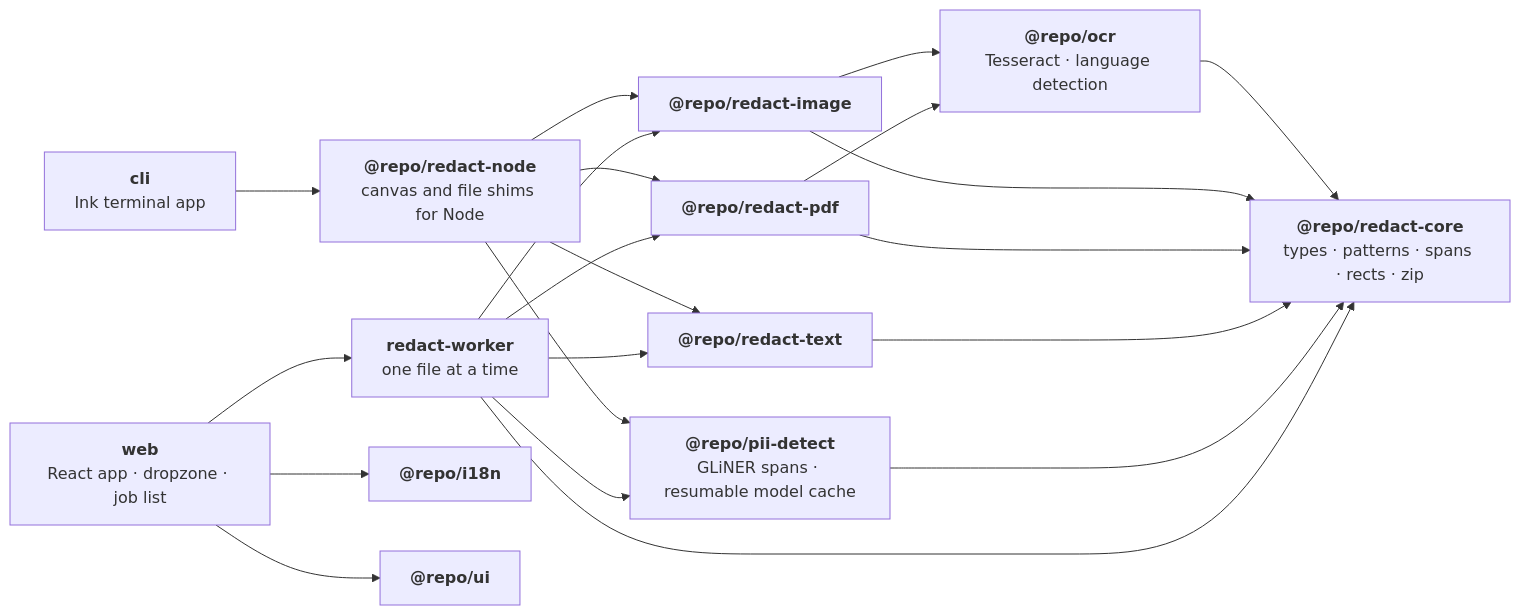
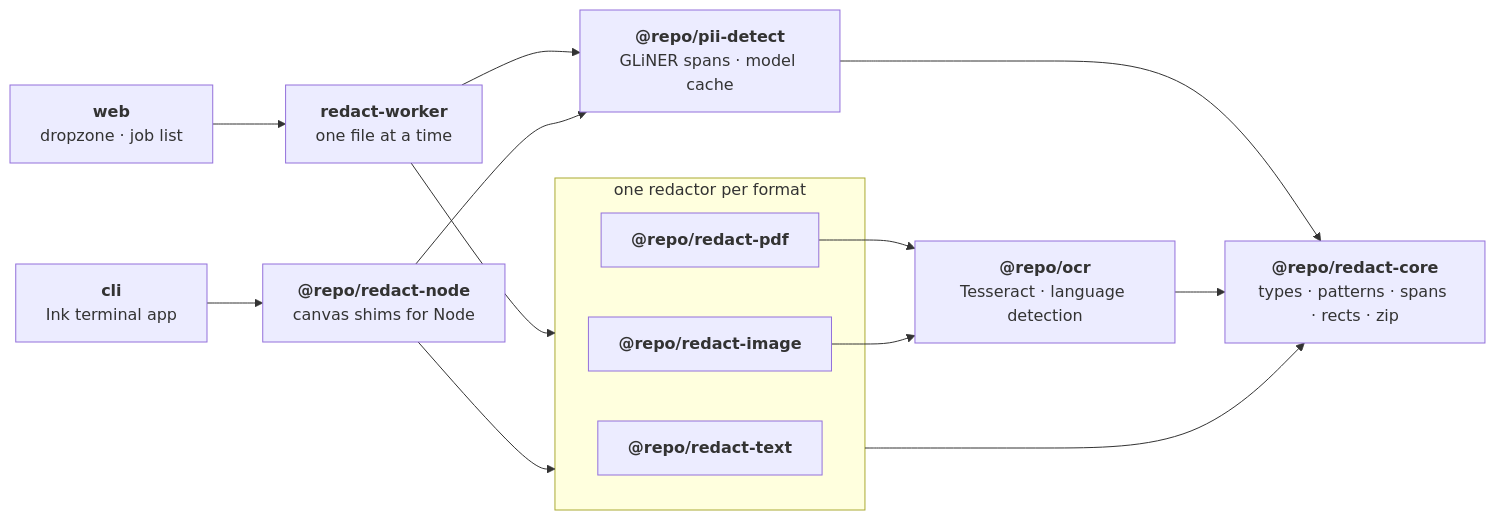
Before and after one commit to pedroapfilho/localveil: the diagram in README.md, drawn with Mermaid.

Commit message:
docs: untangle the architecture diagram
i18n and ui carried no signal about how a file gets redacted, and every
package pointing its own arrow at redact-core made the flow unreadable. The
diagram now reads left to right as the pipeline runs: each app into its
runtime, both into the redactors (grouped as one box per format), OCR where
rasters need it, and a single shared base underneath.

````diff
--- a/README.md
+++ b/README.md
@@ -84,36 +84,24 @@
 ```mermaid
 flowchart LR
-  web["<b>web</b><br/>React app · dropzone · job list"]
-  cli["<b>cli</b><br/>Ink terminal app"]
-  worker["<b>redact-worker</b><br/>one file at a time"]
-  node["<b>@repo/redact-node</b><br/>canvas and file shims for Node"]
-  core["<b>@repo/redact-core</b><br/>types · patterns · spans · rects · zip"]
-  detect["<b>@repo/pii-detect</b><br/>GLiNER spans · resumable model cache"]
-  ocr["<b>@repo/ocr</b><br/>Tesseract · language detection"]
-  text["<b>@repo/redact-text</b>"]
-  pdf["<b>@repo/redact-pdf</b>"]
-  image["<b>@repo/redact-image</b>"]
-  i18n["<b>@repo/i18n</b>"]
-  ui["<b>@repo/ui</b>"]
+  web["<b>web</b><br/>dropzone · job list"] --> worker["<b>redact-worker</b><br/>one file at a time"]
+  cli["<b>cli</b><br/>Ink terminal app"] --> node["<b>@repo/redact-node</b><br/>canvas shims for Node"]
 
-  web --> worker
-  web --> i18n
-  web --> ui
-  cli --> node
-  worker --> core
-  worker --> detect
-  worker --> text
-  worker --> pdf
-  worker --> image
+  worker --> redactors
+  node --> redactors
+
+  subgraph redactors["one redactor per format"]
+    text["<b>@repo/redact-text</b>"]
+    pdf["<b>@repo/redact-pdf</b>"]
+    image["<b>@repo/redact-image</b>"]
+  end
+
+  worker --> detect["<b>@repo/pii-detect</b><br/>GLiNER spans · model cache"]
   node --> detect
-  node --> text
-  node --> pdf
-  node --> image
+
+  pdf --> ocr["<b>@repo/ocr</b><br/>Tesseract · language detection"]
+  image --> ocr
+
+  redactors --> core["<b>@repo/redact-core</b><br/>types · patterns · spans · rects · zip"]
   detect --> core
-  text --> core
-  pdf --> core
-  pdf --> ocr
-  image --> core
-  image --> ocr
   ocr --> core
 ```
````
